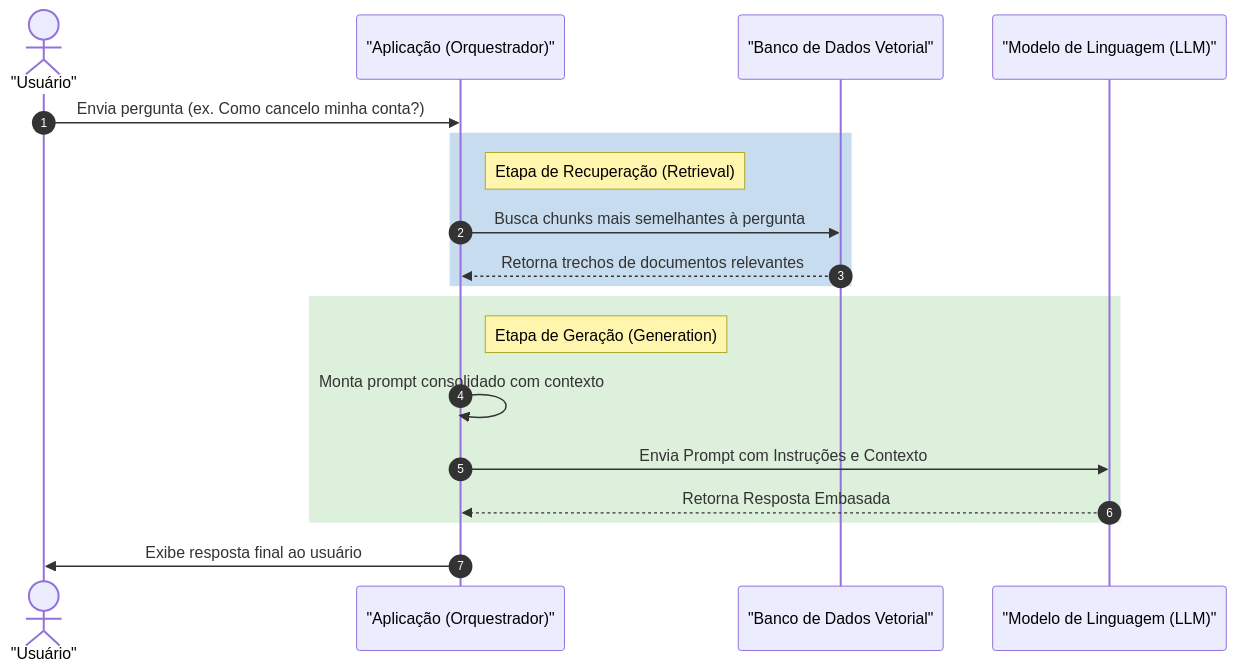
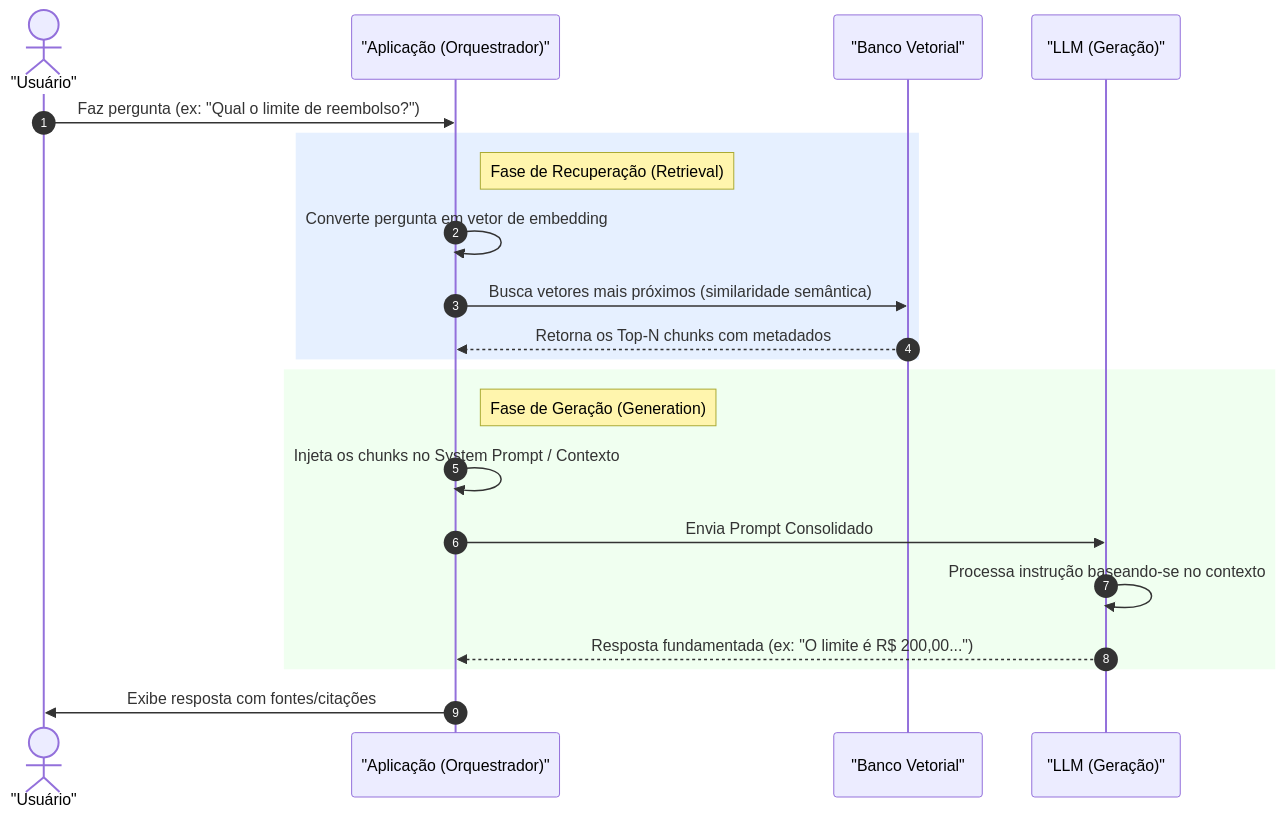
The third of 3 diagrams in ai-development/02-retrieval-augmented-generation/01-rag-fundamentals.md (gsantosc18/so-resta-estudar), drawn with Mermaid before and after one commit. The commit also changed other lines of this file and 11 other files, not shown here.

Commit message:
docs: expand prompt engineering curriculum with advanced techniques and update study progress roadmap

````diff
--- a/ai-development/02-retrieval-augmented-generation/01-rag-fundamentals.md
+++ b/ai-development/02-retrieval-augmented-generation/01-rag-fundamentals.md
@@ -27,22 +90,24 @@
 ```mermaid
 sequenceDiagram
     autonumber
     actor User as "Usuário"
     participant App as "Aplicação (Orquestrador)"
-    participant DB as "Banco de Dados Vetorial"
-    participant LLM as "Modelo de Linguagem (LLM)"
+    participant DB as "Banco Vetorial"
+    participant LLM as "LLM (Geração)"
 
-    User->>App: Envia pergunta (ex. Como cancelo minha conta?)
-    rect rgb(200, 220, 240)
-        note right of App: Etapa de Recuperação (Retrieval)
-        App->>DB: Busca chunks mais semelhantes à pergunta
-        DB-->>App: Retorna trechos de documentos relevantes
+    User->>App: Faz pergunta (ex: "Qual o limite de reembolso?")
+    rect rgb(230, 240, 255)
+        note right of App: Fase de Recuperação (Retrieval)
+        App->>App: Converte pergunta em vetor de embedding
+        App->>DB: Busca vetores mais próximos (similaridade semântica)
+        DB-->>App: Retorna os Top-N chunks com metadados
     end
-    rect rgb(220, 240, 220)
-        note right of App: Etapa de Geração (Generation)
-        App->>App: Monta prompt consolidado com contexto
-        App->>LLM: Envia Prompt com Instruções e Contexto
-        LLM-->>App: Retorna Resposta Embasada
+    rect rgb(240, 255, 240)
+        note right of App: Fase de Geração (Generation)
+        App->>App: Injeta os chunks no System Prompt / Contexto
+        App->>LLM: Envia Prompt Consolidado
+        LLM->>LLM: Processa instrução baseando-se no contexto
+        LLM-->>App: Resposta fundamentada (ex: "O limite é R$ 200,00...")
     end
-    App->>User: Exibe resposta final ao usuário
+    App->>User: Exibe resposta com fontes/citações
 ```
````
